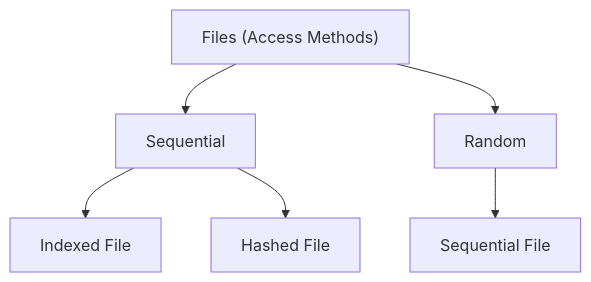
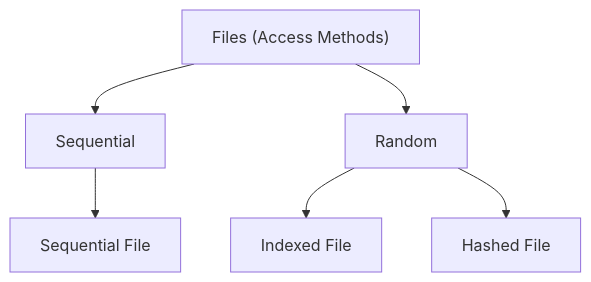
Before and after one commit to luckkrit/cos1101: the first of 2 diagrams in slides_src/pages/chapter13_14.md, drawn with Mermaid. The commit also changed other lines of this file and 17 other files, not shown here.

````diff
--- a/slides_src/pages/chapter13_14.md
+++ b/slides_src/pages/chapter13_14.md
@@ -42,16 +42,16 @@
 ```mermaid
 flowchart TD
 A["Files (Access Methods)"]
 B[Sequential]
 C[Random]
 D[Sequential File]
 E[Indexed File]
 F[Hashed File]
 
 A --> B
 A --> C
-C --> D
-B --> E
-B --> F
+B --> D
+C --> E
+C --> F
 
 ```
````
